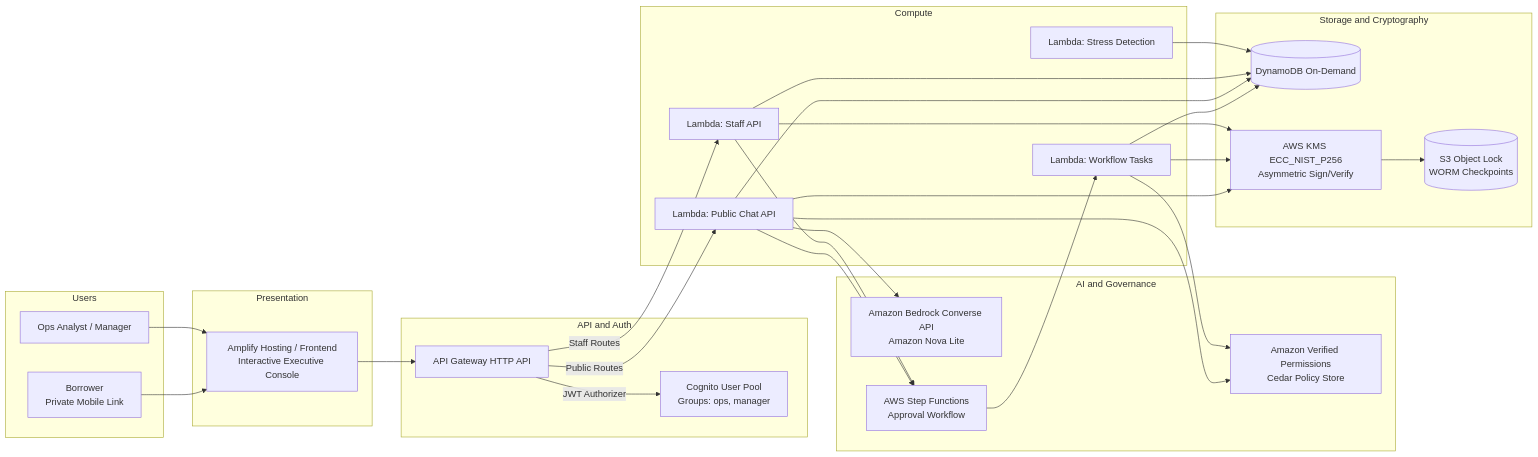
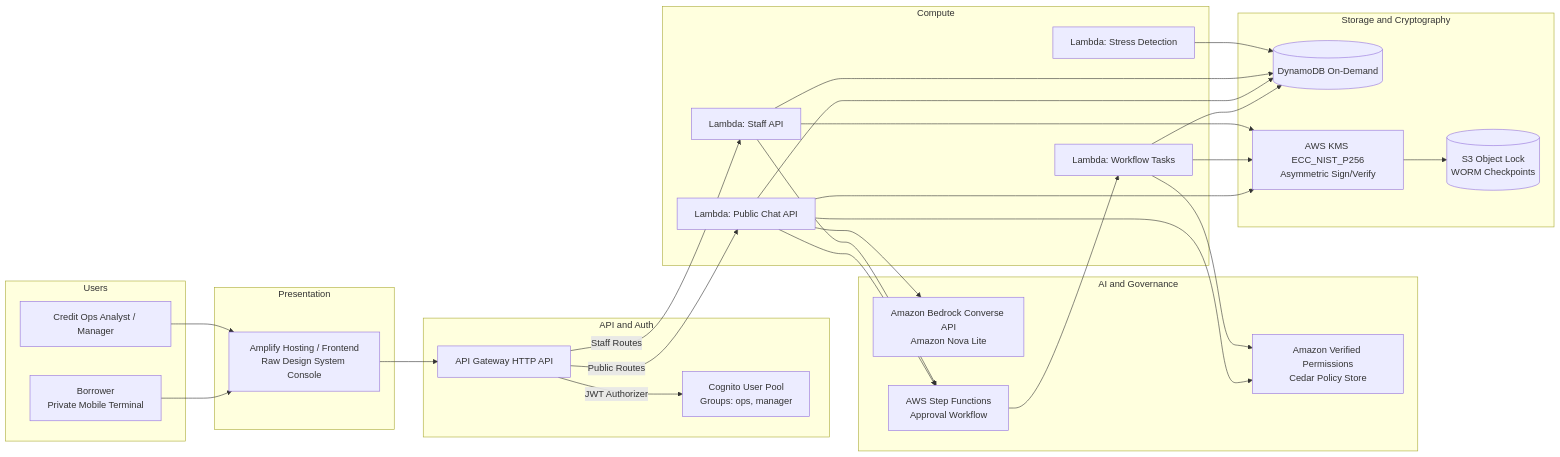
The diagram in README.md (Nandanhs006/AWS-CreditShield), drawn with Mermaid before and after one commit. The commit also changed other lines of this file and 10 other files, not shown here.

Commit message:
feat: complete brand migration to CreditShield and Raw Design Token System (Graphite Terminal and Paper Sheet)

````diff
--- a/README.md
+++ b/README.md
@@ -29,55 +29,55 @@
 ```mermaid
 flowchart LR
   subgraph Users
-    B[Borrower<br/>Private Mobile Link]
-    S[Ops Analyst / Manager]
+    B[Borrower<br/>Private Mobile Terminal]
+    S[Credit Ops Analyst / Manager]
   end
 
   subgraph Presentation
-    AMP[Amplify Hosting / Frontend<br/>Interactive Executive Console]
+    AMP[Amplify Hosting / Frontend<br/>Raw Design System Console]
   end
 
   subgraph API and Auth
     APIGW[API Gateway HTTP API]
     COG[Cognito User Pool<br/>Groups: ops, manager]
   end
 
   subgraph Compute
     PUB[Lambda: Public Chat API]
     STF[Lambda: Staff API]
     SFNL[Lambda: Workflow Tasks]
     DET[Lambda: Stress Detection]
   end
 
   subgraph AI and Governance
     BR[Amazon Bedrock Converse API<br/>Amazon Nova Lite]
     AVP[Amazon Verified Permissions<br/>Cedar Policy Store]
     SFN[AWS Step Functions<br/>Approval Workflow]
   end
 
   subgraph Storage and Cryptography
     DDB[(DynamoDB On-Demand)]
     KMS[AWS KMS ECC_NIST_P256<br/>Asymmetric Sign/Verify]
     S3L[(S3 Object Lock<br/>WORM Checkpoints)]
   end
 
   B --> AMP --> APIGW
   S --> AMP
   APIGW -->|Public Routes| PUB
   APIGW -->|JWT Authorizer| COG
   APIGW -->|Staff Routes| STF
   PUB --> BR
   PUB --> AVP
   PUB --> SFN
   STF --> SFN
   SFN --> SFNL
   SFNL --> AVP
   SFNL --> DDB
   PUB --> DDB
   STF --> DDB
   DET --> DDB
   PUB --> KMS
   SFNL --> KMS
   STF --> KMS
   KMS --> S3L
 ```
````
